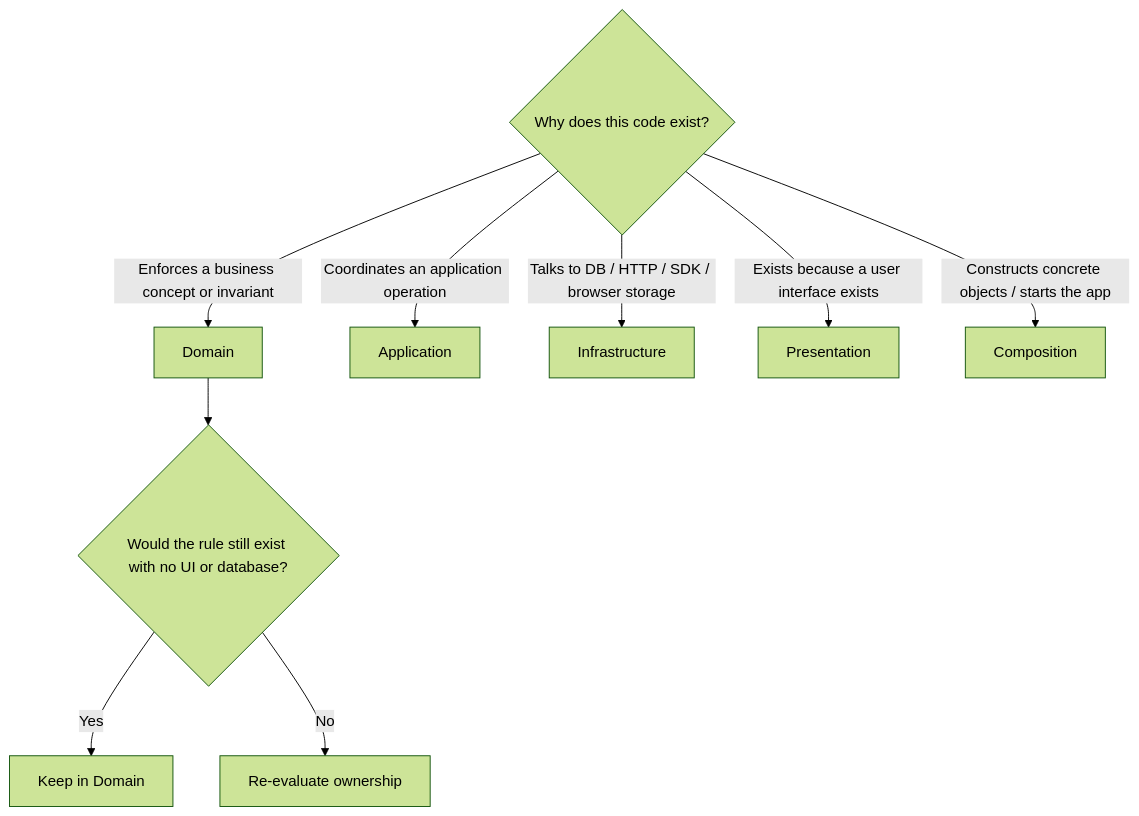
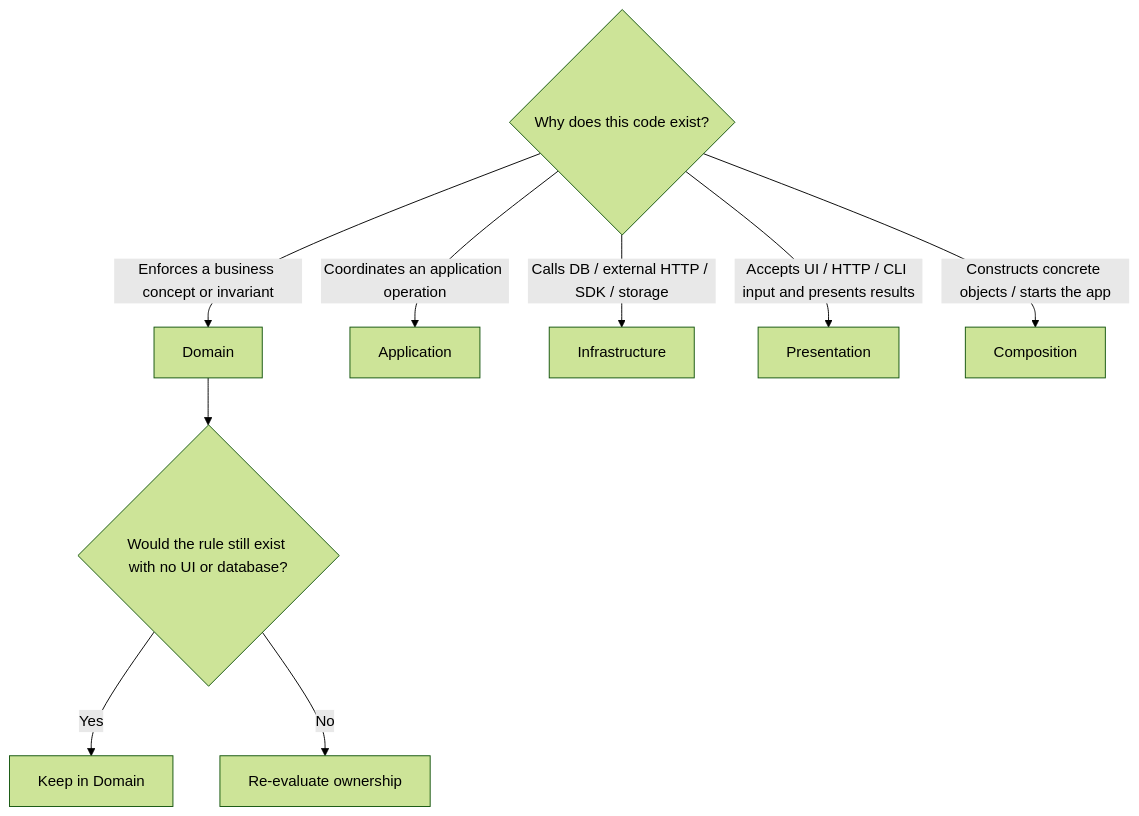
Before and after one commit to AndresTaoFlorez/software-architecture: the second of 7 diagrams in foundations/code-placement.md, drawn with Mermaid (forest theme). The commit also changed other lines of this file and 20 other files, not shown here.

````diff
--- a/foundations/code-placement.md
+++ b/foundations/code-placement.md
@@ -29,14 +29,14 @@
 ```mermaid
 flowchart TD
     START{"Why does this code exist?"}
 
     START -->|"Enforces a business concept or invariant"| DOMAIN["Domain"]
     START -->|"Coordinates an application operation"| APP["Application"]
-    START -->|"Talks to DB / HTTP / SDK / browser storage"| INFRA["Infrastructure"]
-    START -->|"Exists because a user interface exists"| PRES["Presentation"]
+    START -->|"Calls DB / external HTTP / SDK / storage"| INFRA["Infrastructure"]
+    START -->|"Accepts UI / HTTP / CLI input and presents results"| PRES["Presentation"]
     START -->|"Constructs concrete objects / starts the app"| COMP["Composition"]
 
     DOMAIN --> DQ{"Would the rule still exist with no UI or database?"}
     DQ -->|"Yes"| DOMAIN_OK["Keep in Domain"]
     DQ -->|"No"| RECHECK["Re-evaluate ownership"]
 ```
````
